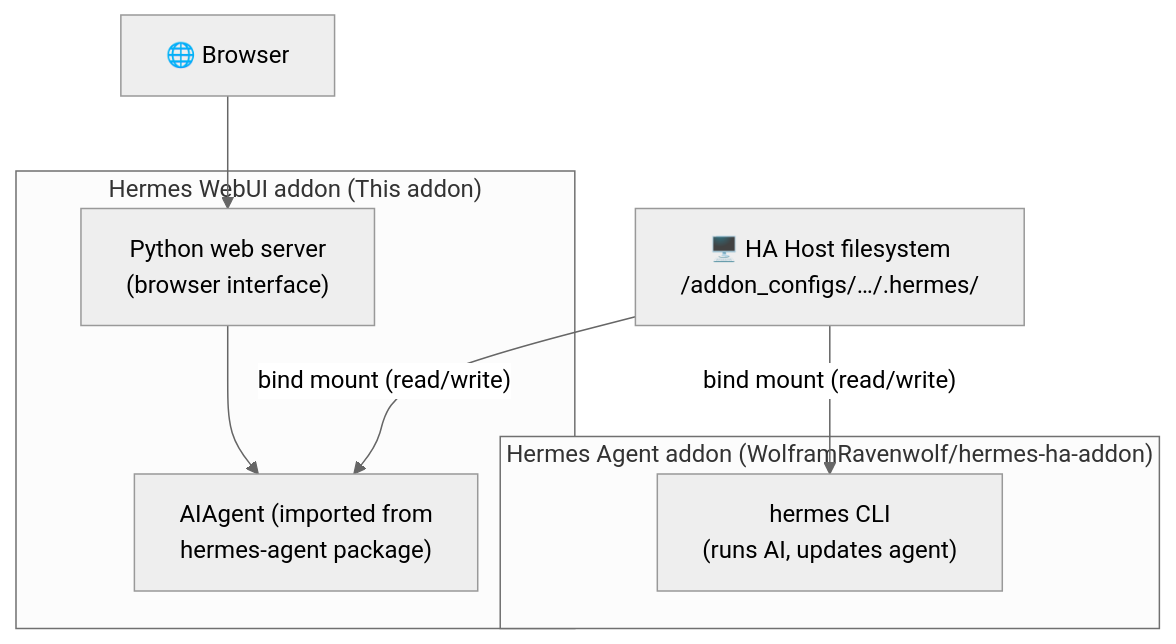
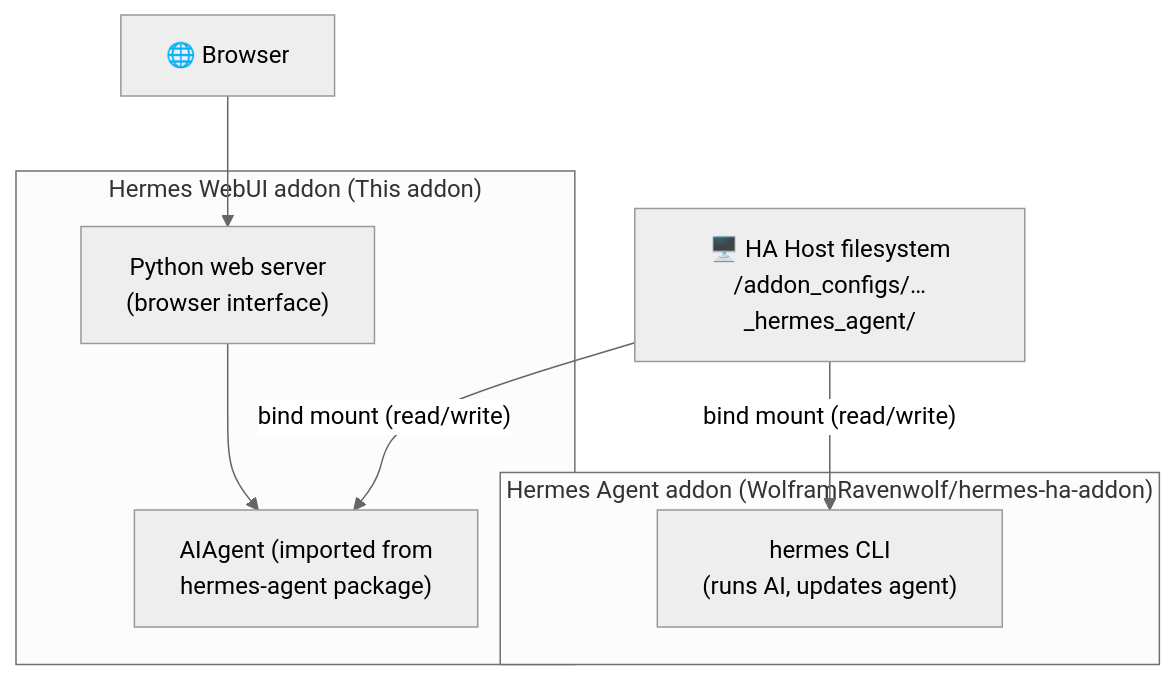
One commit to AmineDjeghri/ha-addons changed the diagram in addons/hermes-webui/README.md. Above: the diagram before and after it, drawn with Mermaid (neutral theme). The commit also changed other lines of this file and 1 other file, not shown here.

````diff
--- a/addons/hermes-webui/README.md
+++ b/addons/hermes-webui/README.md
@@ -31,19 +29,19 @@
 ```mermaid
 graph TD
-    HOST["🖥️ HA Host filesystem\n/addon_configs/…/.hermes/"]
+    HOST["🖥️ HA Host filesystem\n/addon_configs/…_hermes_agent/"]
 
     subgraph agent_container["Hermes Agent addon (WolframRavenwolf/hermes-ha-addon)"]
         CLI["hermes CLI\n(runs AI, updates agent)"]
     end
 
     subgraph webui_container["Hermes WebUI addon (This addon)"]
         SERVER["Python web server\n(browser interface)"]
         AIAGENT["AIAgent (imported from\nhermes-agent package)"]
         SERVER --> AIAGENT
     end
 
     HOST -- "bind mount (read/write)" --> CLI
     HOST -- "bind mount (read/write)" --> AIAGENT
 
     BROWSER["🌐 Browser"] --> SERVER
 ```
````
